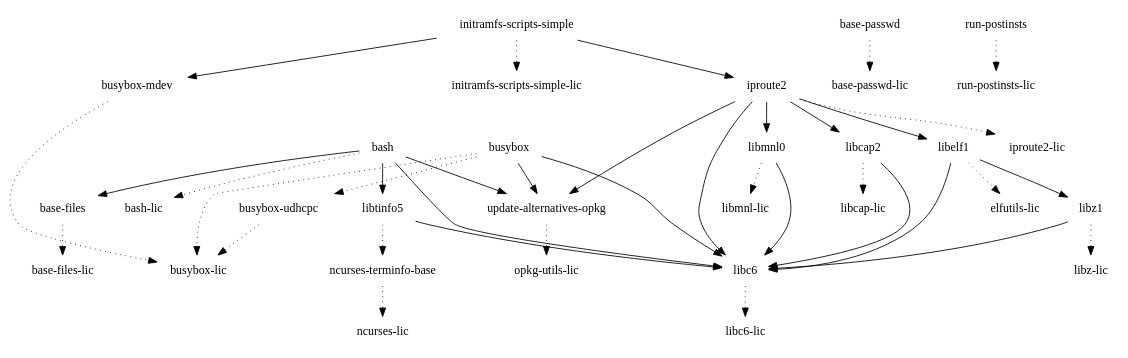
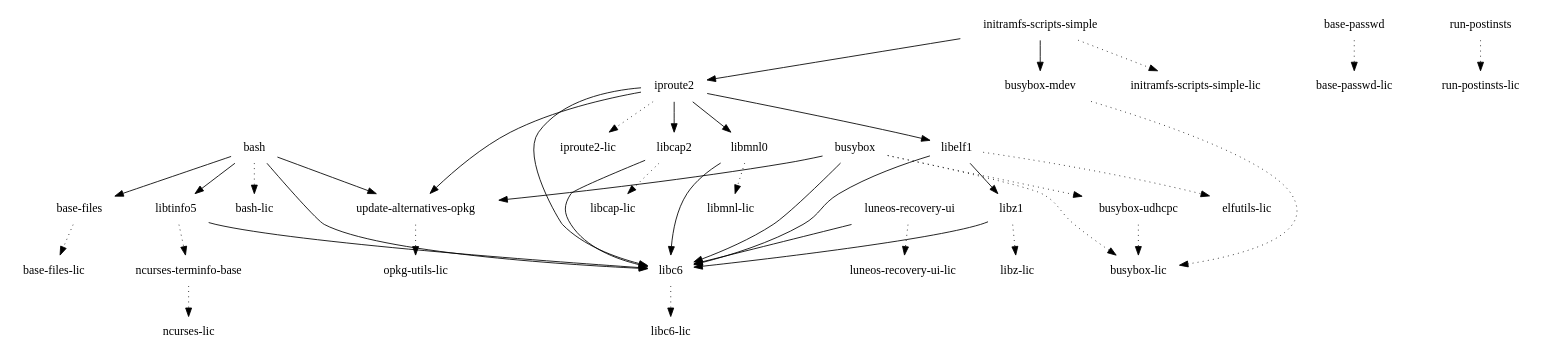
One commit to webOS-ports/buildhistory changed the diagram in images/pinephone/glibc/initramfs-uboot-image/depends.dot. Above: the diagram before and after it, drawn with Graphviz. The commit also changed 8771 other files, not shown here.

```diff
--- a/images/pinephone/glibc/initramfs-uboot-image/depends.dot
+++ b/images/pinephone/glibc/initramfs-uboot-image/depends.dot
@@ -1,40 +1,42 @@
 digraph depends {
     node [shape=plaintext]
 "base-files" -> "base-files-lic" [style=dotted]
 "base-passwd" -> "base-passwd-lic" [style=dotted]
 "bash" -> "base-files"
 "bash" -> "bash-lic" [style=dotted]
 "bash" -> "libc6"
 "bash" -> "libtinfo5"
 "bash" -> "update-alternatives-opkg"
 "busybox" -> "busybox-lic" [style=dotted]
 "busybox" -> "busybox-udhcpc" [style=dotted]
 "busybox" -> "libc6"
 "busybox-mdev" -> "busybox-lic" [style=dotted]
 "busybox-udhcpc" -> "busybox-lic" [style=dotted]
 "busybox" -> "update-alternatives-opkg"
 "initramfs-scripts-simple" -> "busybox-mdev"
 "initramfs-scripts-simple" -> "initramfs-scripts-simple-lic" [style=dotted]
 "initramfs-scripts-simple" -> "iproute2"
 "iproute2" -> "iproute2-lic" [style=dotted]
 "iproute2" -> "libc6"
 "iproute2" -> "libcap2"
 "iproute2" -> "libelf1"
 "iproute2" -> "libmnl0"
 "iproute2" -> "update-alternatives-opkg"
 "libc6" -> "libc6-lic" [style=dotted]
 "libcap2" -> "libc6"
 "libcap2" -> "libcap-lic" [style=dotted]
 "libelf1" -> "elfutils-lic" [style=dotted]
 "libelf1" -> "libc6"
 "libelf1" -> "libz1"
 "libmnl0" -> "libc6"
 "libmnl0" -> "libmnl-lic" [style=dotted]
 "libtinfo5" -> "libc6"
 "libtinfo5" -> "ncurses-terminfo-base" [style=dotted]
 "libz1" -> "libc6"
 "libz1" -> "libz-lic" [style=dotted]
+"luneos-recovery-ui" -> "libc6"
+"luneos-recovery-ui" -> "luneos-recovery-ui-lic" [style=dotted]
 "ncurses-terminfo-base" -> "ncurses-lic" [style=dotted]
 "run-postinsts" -> "run-postinsts-lic" [style=dotted]
 "update-alternatives-opkg" -> "opkg-utils-lic" [style=dotted]
 }
```
